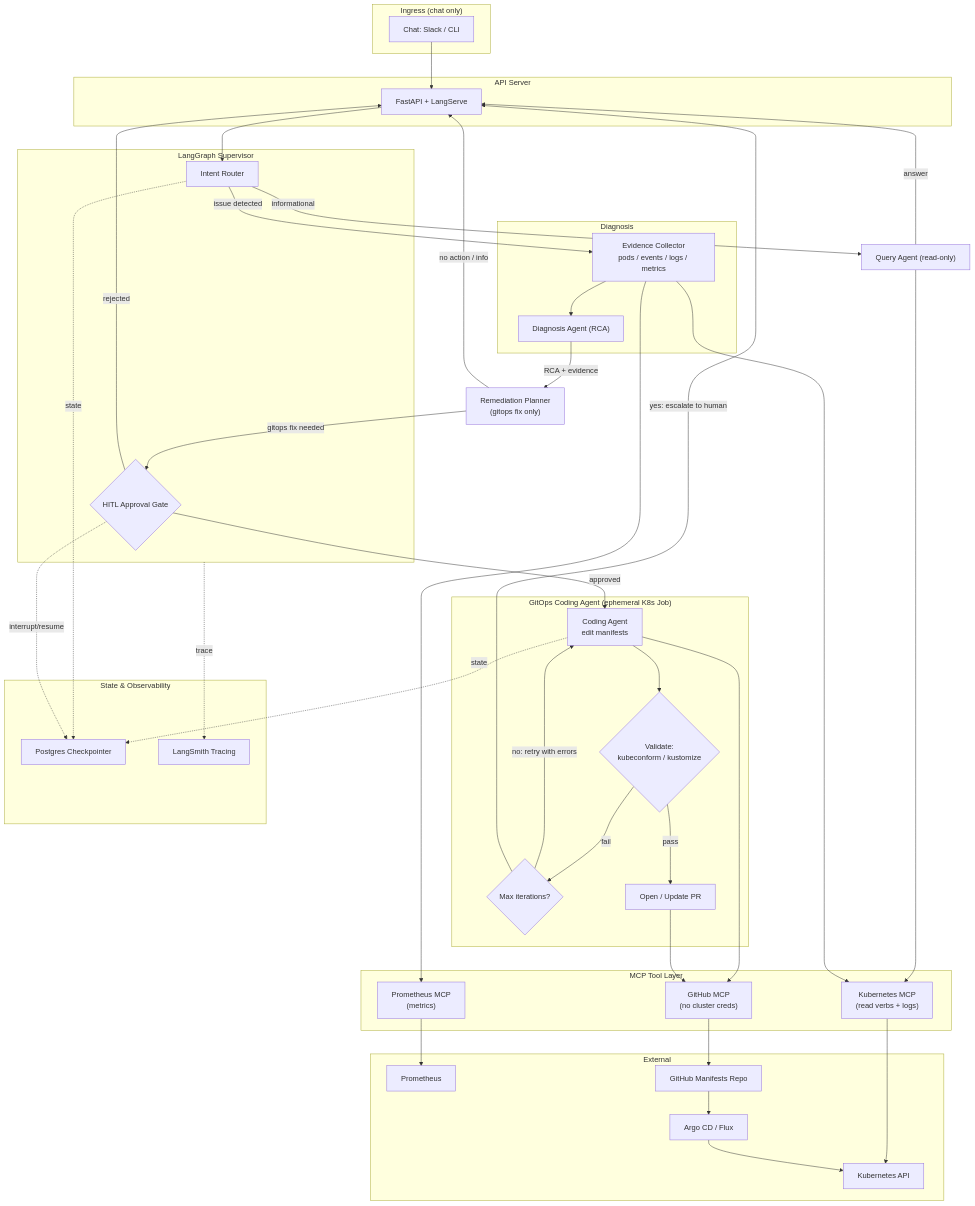
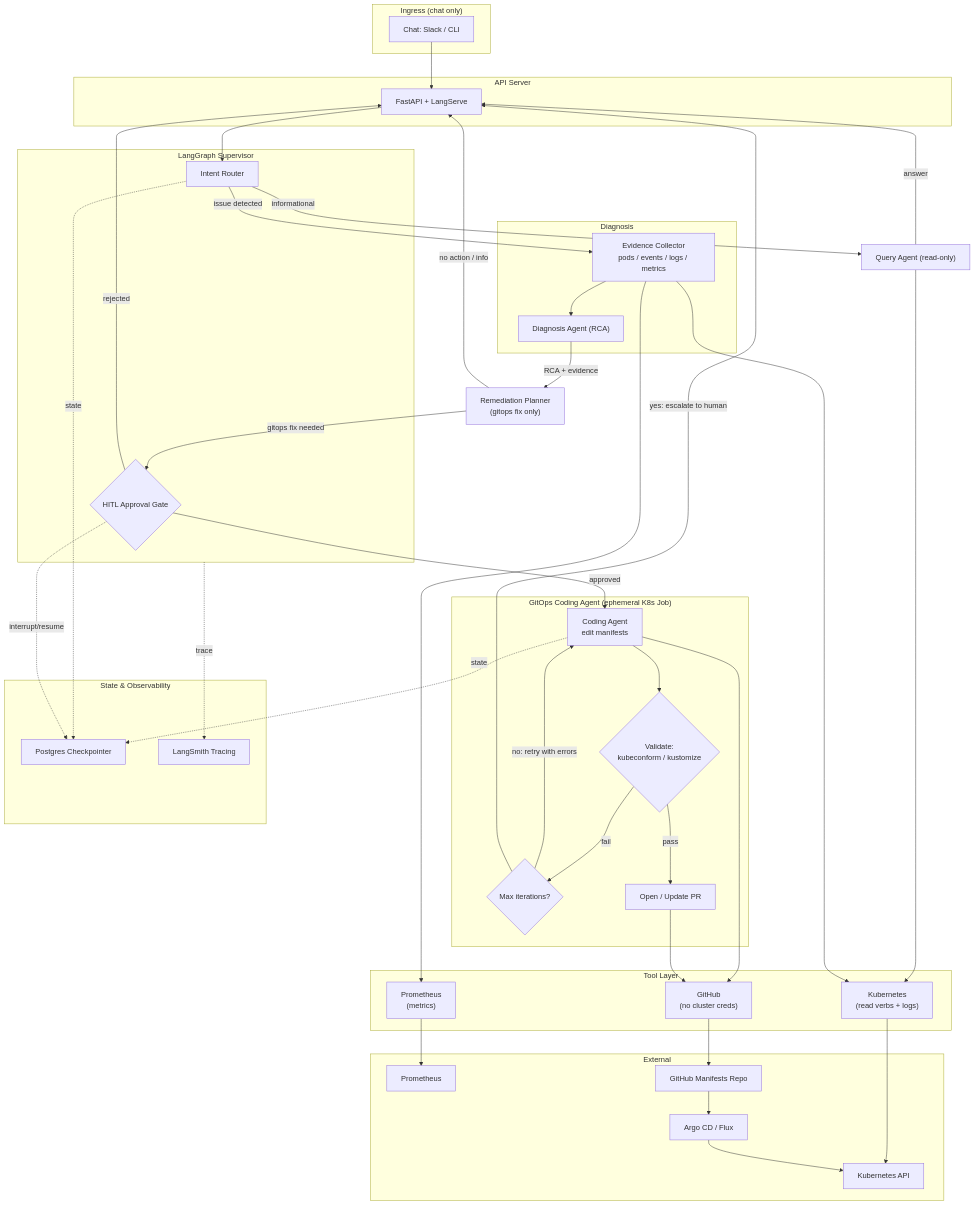
Before and after one commit to BryMat24/Kubernaut: the diagram in README.md, drawn with Mermaid. The commit also changed 6 other files, not shown here.

````diff
--- a/README.md
+++ b/README.md
@@ -16,82 +16,82 @@
 ```mermaid
 flowchart TB
     subgraph Ingress["Ingress (chat only)"]
         Chat["Chat: Slack / CLI"]
     end
 
     subgraph Gateway["API Server"]
         API["FastAPI + LangServe"]
     end
 
     subgraph Orchestrator["LangGraph Supervisor"]
         Router["Intent Router"]
         HITL{"HITL Approval Gate"}
     end
 
     QA["Query Agent (read-only)"]
 
     subgraph DiagFlow["Diagnosis"]
         Evidence["Evidence Collector<br/>pods / events / logs / metrics"]
         Diag["Diagnosis Agent (RCA)"]
     end
 
     Planner["Remediation Planner<br/>(gitops fix only)"]
 
     subgraph CodeFlow["GitOps Coding Agent (ephemeral K8s Job)"]
         Coder["Coding Agent<br/>edit manifests"]
         Validate{"Validate:<br/>kubeconform / kustomize"}
         MaxIter{"Max iterations?"}
         PR["Open / Update PR"]
     end
 
-    subgraph MCP["MCP Tool Layer"]
-        K8sMCP["Kubernetes MCP<br/>(read verbs + logs)"]
-        PromMCP["Prometheus MCP<br/>(metrics)"]
-        GHMCP["GitHub MCP<br/>(no cluster creds)"]
+    subgraph MCP["Tool Layer"]
+        K8sMCP["Kubernetes<br/>(read verbs + logs)"]
+        PromMCP["Prometheus<br/>(metrics)"]
+        GHMCP["GitHub<br/>(no cluster creds)"]
     end
 
     subgraph State["State & Observability"]
         CP["Postgres Checkpointer"]
         Trace["LangSmith Tracing"]
     end
 
     subgraph Ext["External"]
         K8s["Kubernetes API"]
         Prom["Prometheus"]
         GH["GitHub Manifests Repo"]
         CD["Argo CD / Flux"]
     end
 
     Chat --> API --> Router
     Router -->|informational| QA
     Router -->|issue detected| Evidence
 
     QA --> K8sMCP
     QA -->|answer| API
 
     Evidence --> K8sMCP
     Evidence --> PromMCP
     Evidence --> Diag
     Diag -->|RCA + evidence| Planner
 
     Planner -->|gitops fix needed| HITL
     Planner -->|no action / info| API
     HITL -->|approved| Coder
     HITL -->|rejected| API
 
     Coder --> GHMCP
     Coder --> Validate
     Validate -->|fail| MaxIter
     MaxIter -->|no: retry with errors| Coder
     MaxIter -->|yes: escalate to human| API
     Validate -->|pass| PR --> GHMCP
 
     K8sMCP --> K8s
     PromMCP --> Prom
     GHMCP --> GH --> CD --> K8s
 
     Router -.state.-> CP
     Coder -.state.-> CP
     HITL -.interrupt/resume.-> CP
     Orchestrator -.trace.-> Trace
 ```
````
